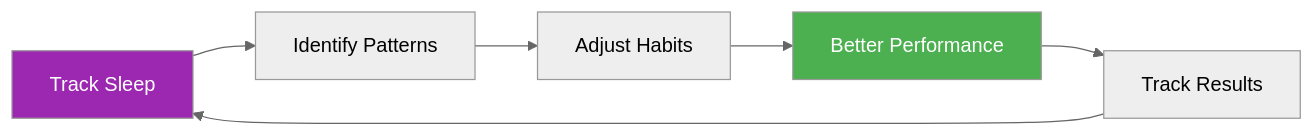
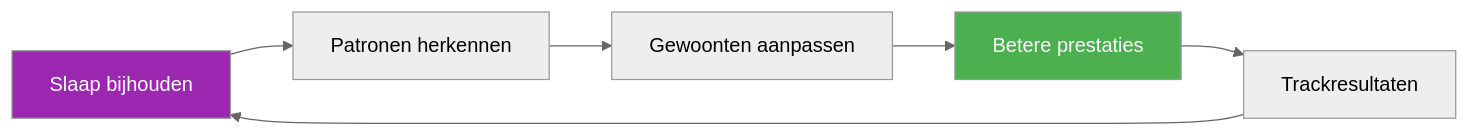
The diagram in docs/nl/guides/templates/sleep-tracker.md (patwii/petanque-academy), drawn with Mermaid (neutral theme) before and after one commit. The commit also changed other lines of this file and 550 other files, not shown here.

````diff
--- a/docs/nl/guides/templates/sleep-tracker.md
+++ b/docs/nl/guides/templates/sleep-tracker.md
@@ -16,11 +16,11 @@
 ```mermaid
 flowchart LR
-    A[Track Sleep] --> B[Identify Patterns]
-    B --> C[Adjust Habits]
-    C --> D[Better Performance]
-    D --> E[Track Results]
+    A[Slaap bijhouden] --> B[Patronen herkennen]
+    B --> C[Gewoonten aanpassen]
+    C --> D[Betere prestaties]
+    D --> E[Trackresultaten]
     E --> A
 
     style A fill:#9C27B0,color:#fff
     style D fill:#4CAF50,color:#fff
 ```
````
